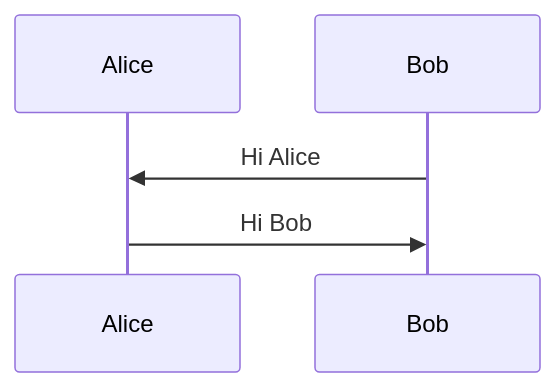
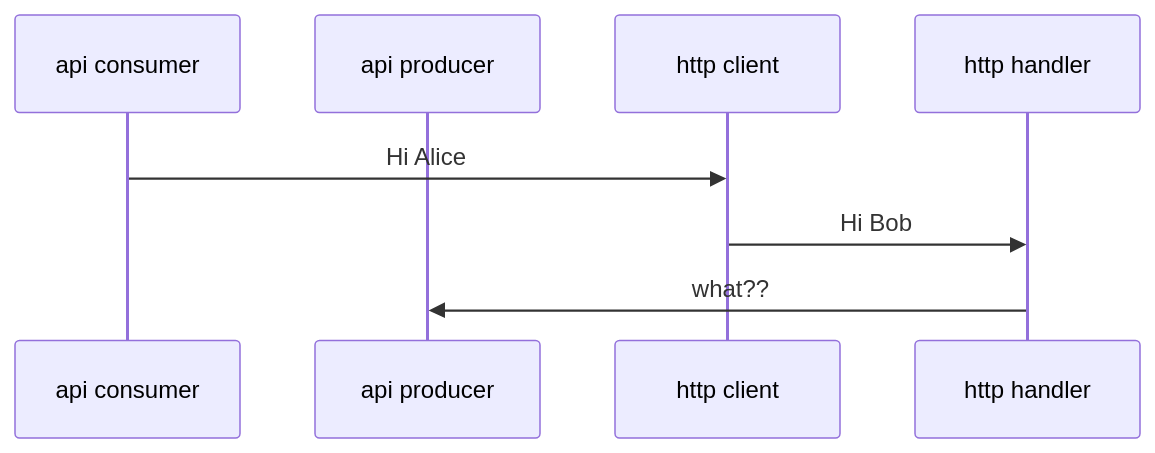
The diagram in docs/architecture.md (OData/odata.net), drawn with Mermaid before and after one commit.

````diff
--- a/docs/architecture.md
+++ b/docs/architecture.md
@@ -221,7 +221,10 @@
 ```mermaid
 sequenceDiagram
-    participant Alice
-    participant Bob
-    Bob->>Alice: Hi Alice
-    Alice->>Bob: Hi Bob
+    participant api consumer
+    participant api producer
+    participant http client
+    participant http handler
+    api consumer->>http client: Hi Alice
+    http client->>http handler: Hi Bob
+    http handler->>api producer: what??
 ```
````
